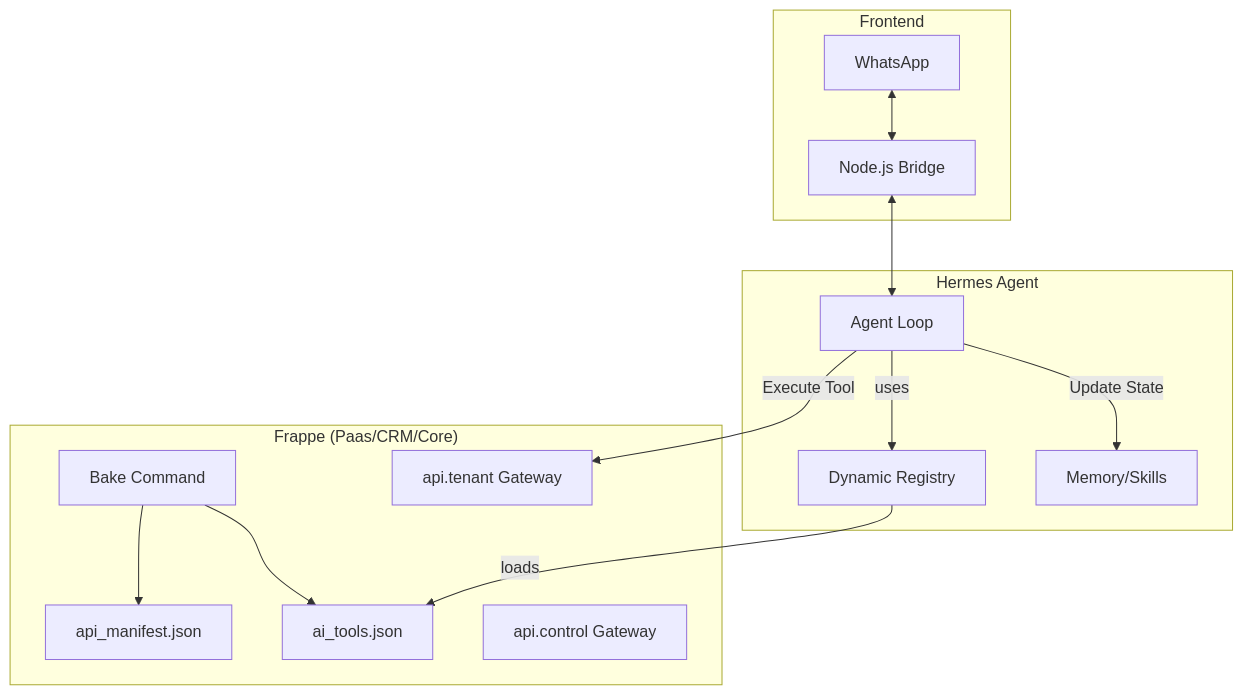
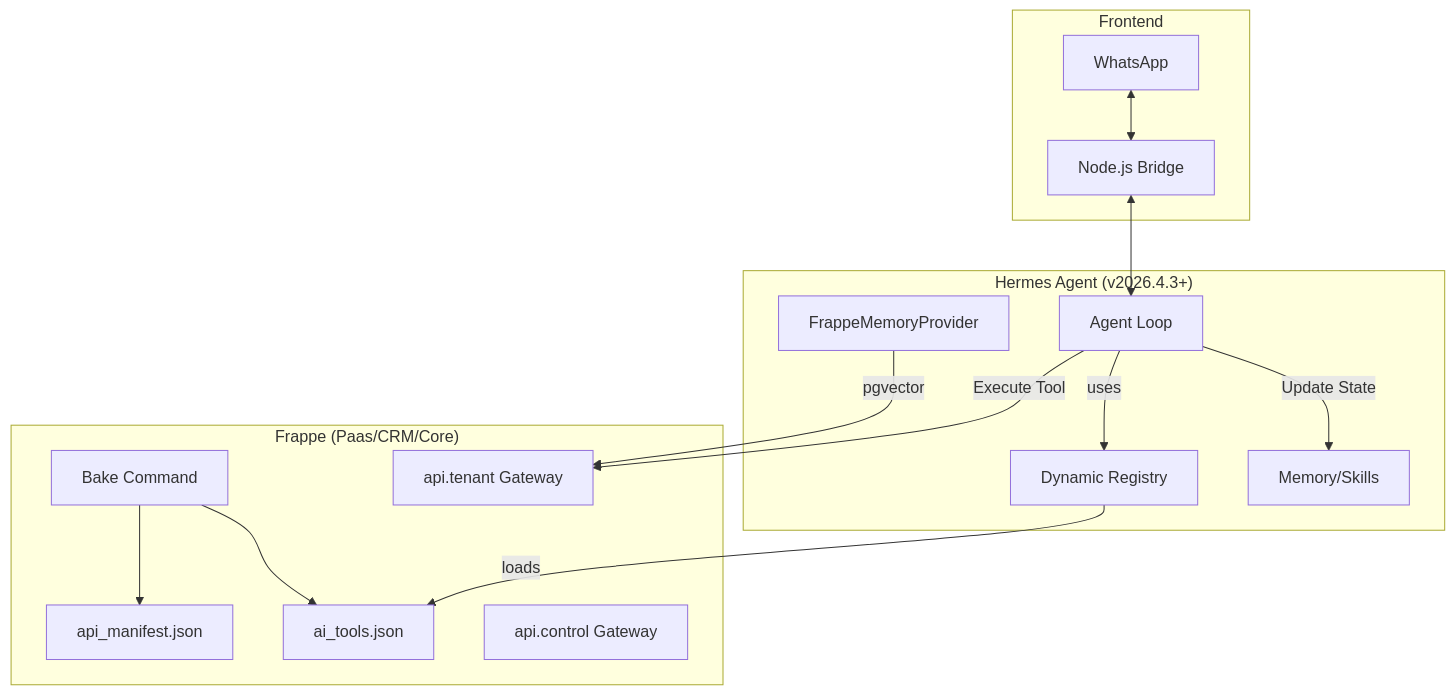
The diagram in .rokct/analysis/FRAPPE_HERMES_INTEGRATION.md (RokctAI/rokct-agent), drawn with Mermaid before and after one commit. The commit also changed other lines of this file and 2 other files, not shown here.

````diff
--- a/.rokct/analysis/FRAPPE_HERMES_INTEGRATION.md
+++ b/.rokct/analysis/FRAPPE_HERMES_INTEGRATION.md
@@ -9,23 +9,24 @@
 ```mermaid
 graph TD
     subgraph "Frappe (Paas/CRM/Core)"
         B[Bake Command] --> MS[api_manifest.json]
         B --> TS[ai_tools.json]
         GT[api.tenant Gateway]
         GC[api.control Gateway]
     end
 
-    subgraph "Hermes Agent"
+    subgraph "Hermes Agent (v2026.4.3+)"
         DR[Dynamic Registry] -- loads --> TS
         Loop[Agent Loop] -- uses --> DR
+        PMP[FrappeMemoryProvider] -- pgvector --> GT
         Mem[Memory/Skills]
     end
 
     subgraph "Frontend"
         WA[WhatsApp] <--> Bridge[Node.js Bridge]
         Bridge <--> Loop
     end
 
     Loop -- "Execute Tool" --> GT
     Loop -- "Update State" --> Mem
 ```
````
